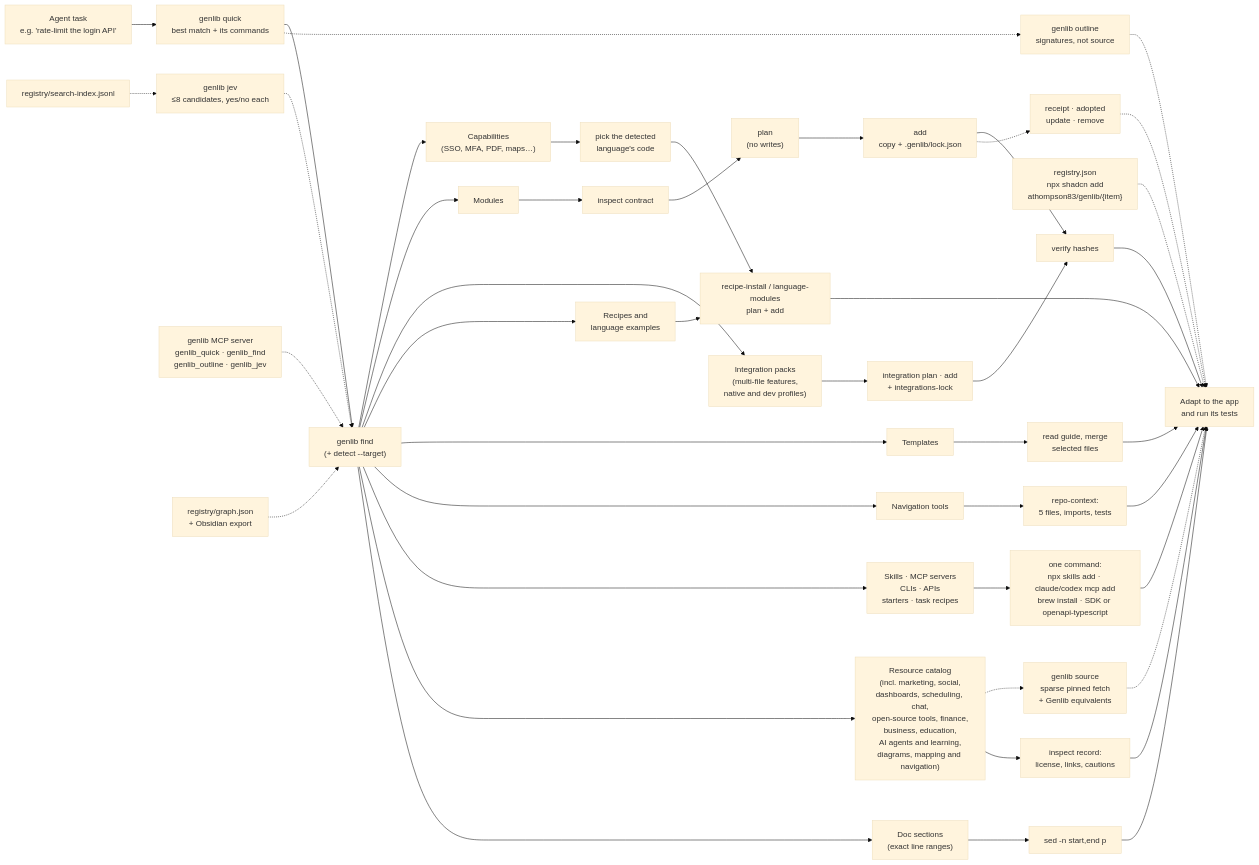
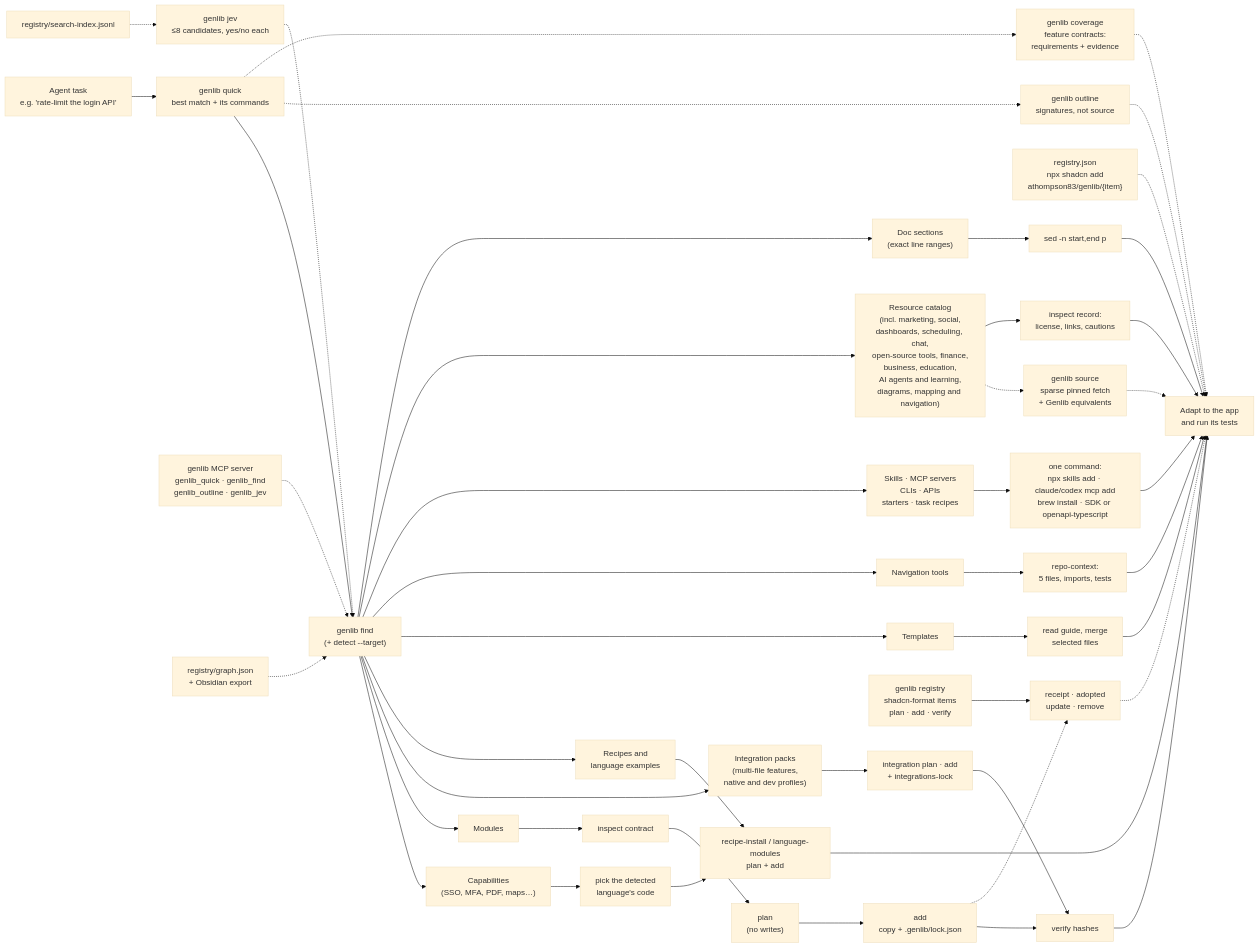
One commit to athompson83/genlib changed the diagram in docs/diagrams/readme-flow.mmd. Above: the diagram before and after it, drawn with Mermaid (base theme). The commit also changed 5 other files, not shown here.

First line of the commit message:
Render diagrams with coverage and registry adoption

```diff
--- a/docs/diagrams/readme-flow.mmd
+++ b/docs/diagrams/readme-flow.mmd
@@ -1,52 +1,56 @@
 flowchart LR
   Task["Agent task<br/>e.g. 'rate-limit the login API'"]
   Quick["genlib quick<br/>best match + its commands"]
   Find["genlib find<br/>(+ detect --target)"]
   Outline["genlib outline<br/>signatures, not source"]
   Source["genlib source<br/>sparse pinned fetch<br/>+ Genlib equivalents"]
   Jev["genlib jev<br/>≤8 candidates, yes/no each"]
   Index["registry/search-index.jsonl"]
   MCP["genlib MCP server<br/>genlib_quick · genlib_find<br/>genlib_outline · genlib_jev"]
   Graph["registry/graph.json<br/>+ Obsidian export"]
   C["Capabilities<br/>(SSO, MFA, PDF, maps…)"]
   M["Modules"]
   P["Integration packs<br/>(multi-file features,<br/>native and dev profiles)"]
   PackPlan["integration plan · add<br/>+ integrations-lock"]
   Shadcn["registry.json<br/>npx shadcn add<br/>athompson83/genlib/{item}"]
   R["Recipes and<br/>language examples"]
   T["Templates"]
   N["Navigation tools"]
   S["Skills · MCP servers<br/>CLIs · APIs<br/>starters · task recipes"]
   X["Resource catalog<br/>(incl. marketing, social,<br/>dashboards, scheduling, chat,<br/>open-source tools, finance,<br/>business, education,<br/>AI agents and learning,<br/>diagrams, mapping and navigation)"]
   D["Doc sections<br/>(exact line ranges)"]
   Inspect["inspect contract"]
   Plan["plan<br/>(no writes)"]
   Add["add<br/>copy + .genlib/lock.json"]
   Verify["verify hashes"]
   Receipt["receipt · adopted<br/>update · remove"]
+  Coverage["genlib coverage<br/>feature contracts:<br/>requirements + evidence"]
+  RegistryIn["genlib registry<br/>shadcn-format items<br/>plan · add · verify"]
   Lang["pick the detected<br/>language's code"]
   Copy["recipe-install / language-modules<br/>plan + add"]
   Merge["read guide, merge<br/>selected files"]
   Context["repo-context:<br/>5 files, imports, tests"]
   SkillAdd["one command:<br/>npx skills add · claude/codex mcp add<br/>brew install · SDK or openapi-typescript"]
   Adopt["inspect record:<br/>license, links, cautions"]
   Section["sed -n start,end p"]
   App["Adapt to the app<br/>and run its tests"]
   Task --> Quick --> Find
   Quick -.-> Outline -.-> App
   Find --> C & M & P & R & T & N & S & X & D
   P --> PackPlan --> Verify
   Shadcn -.-> App
   X -.-> Source -.-> App
   Index -.-> Jev -.-> Find
   MCP -.-> Find
   Graph -.-> Find
   M --> Inspect --> Plan --> Add --> Verify --> App
   Add -.-> Receipt -.-> App
+  Quick -.-> Coverage -.-> App
+  RegistryIn --> Receipt
   C --> Lang --> Copy
   R --> Copy --> App
   T --> Merge --> App
   N --> Context --> App
   S --> SkillAdd --> App
   X --> Adopt --> App
   D --> Section --> App
```
